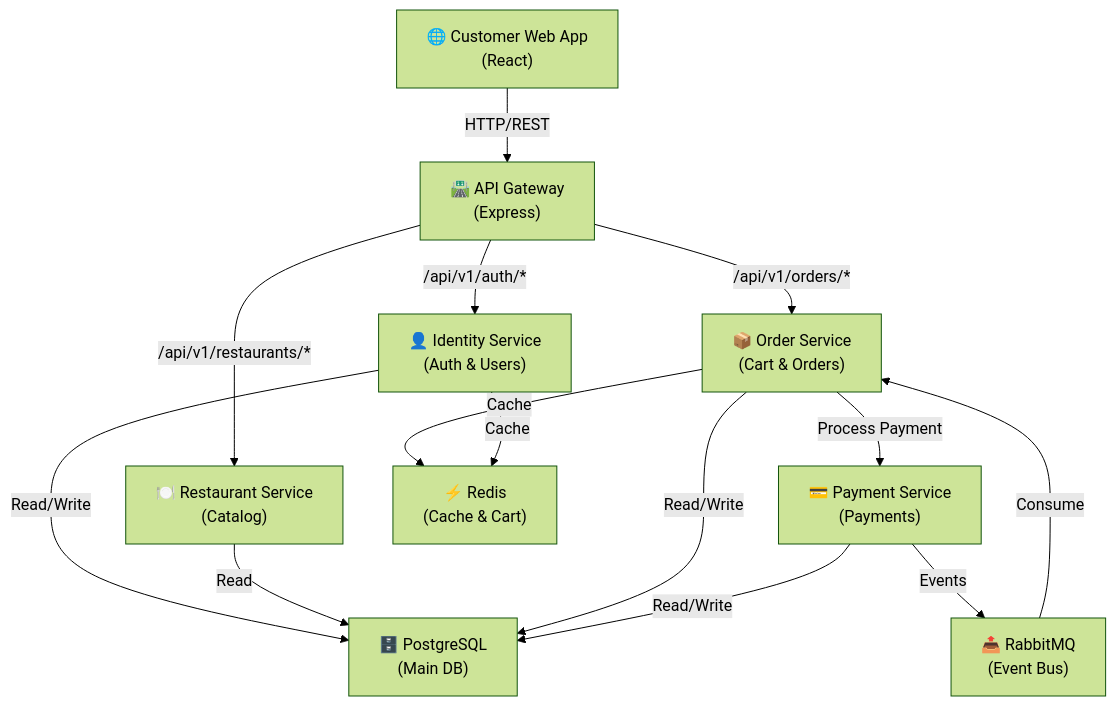
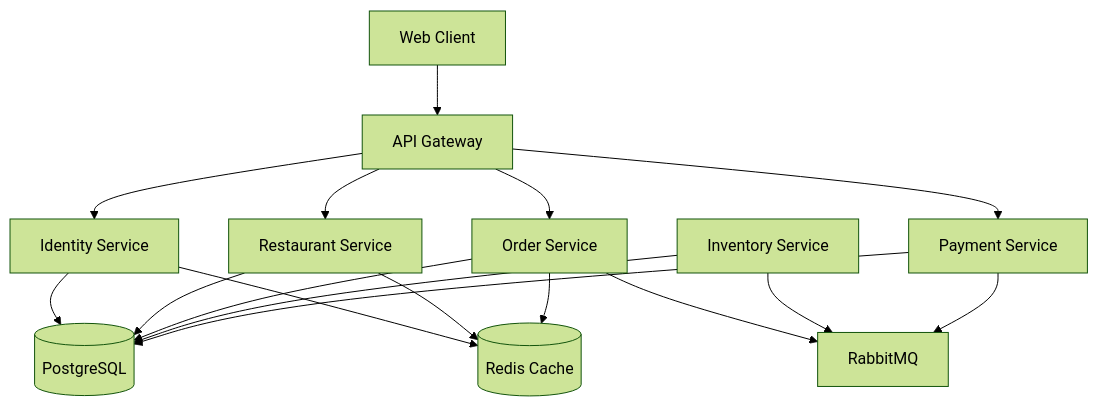
One commit to Duc1445/FoodieGo changed the diagram in README.md. Above: the diagram before and after it, drawn with Mermaid (forest theme). The commit also changed other lines of this file and 16 other files, not shown here.

````diff
--- a/README.md
+++ b/README.md
@@ -162,32 +15,22 @@
 ```mermaid
-graph TB
-    Client["🌐 Customer Web App<br/>(React)"]
-    Gateway["🛣️ API Gateway<br/>(Express)"]
+graph TD
+    Client[Web Client] --> Gateway[API Gateway]
+    Gateway --> Identity[Identity Service]
+    Gateway --> Restaurant[Restaurant Service]
+    Gateway --> Order[Order Service]
+    Gateway --> Payment[Payment Service]
     
-    Identity["👤 Identity Service<br/>(Auth & Users)"]
-    Restaurant["🍽️ Restaurant Service<br/>(Catalog)"]
-    Order["📦 Order Service<br/>(Cart & Orders)"]
-    Payment["💳 Payment Service<br/>(Payments)"]
+    Order --> RabbitMQ[RabbitMQ]
+    Inventory[Inventory Service] --> RabbitMQ
+    Payment --> RabbitMQ
     
-    RabbitMQ["📤 RabbitMQ<br/>(Event Bus)"]
-    PostgreSQL["🗄️ PostgreSQL<br/>(Main DB)"]
-    Redis["⚡ Redis<br/>(Cache & Cart)"]
+    Identity --> DB[(PostgreSQL)]
+    Restaurant --> DB
+    Order --> DB
+    Inventory --> DB
+    Payment --> DB
     
-    Client -->|HTTP/REST| Gateway
-    
-    Gateway -->|/api/v1/auth/*| Identity
-    Gateway -->|/api/v1/restaurants/*| Restaurant
-    Gateway -->|/api/v1/orders/*| Order
-    
-    Order -->|Process Payment| Payment
-    Payment -->|Events| RabbitMQ
-    RabbitMQ -->|Consume| Order
-    
-    Identity -->|Read/Write| PostgreSQL
-    Restaurant -->|Read| PostgreSQL
-    Order -->|Read/Write| PostgreSQL
-    Payment -->|Read/Write| PostgreSQL
-    
-    Order -->|Cache| Redis
-    Identity -->|Cache| Redis
+    Identity --> Redis[(Redis Cache)]
+    Restaurant --> Redis
+    Order --> Redis
 ```
````
